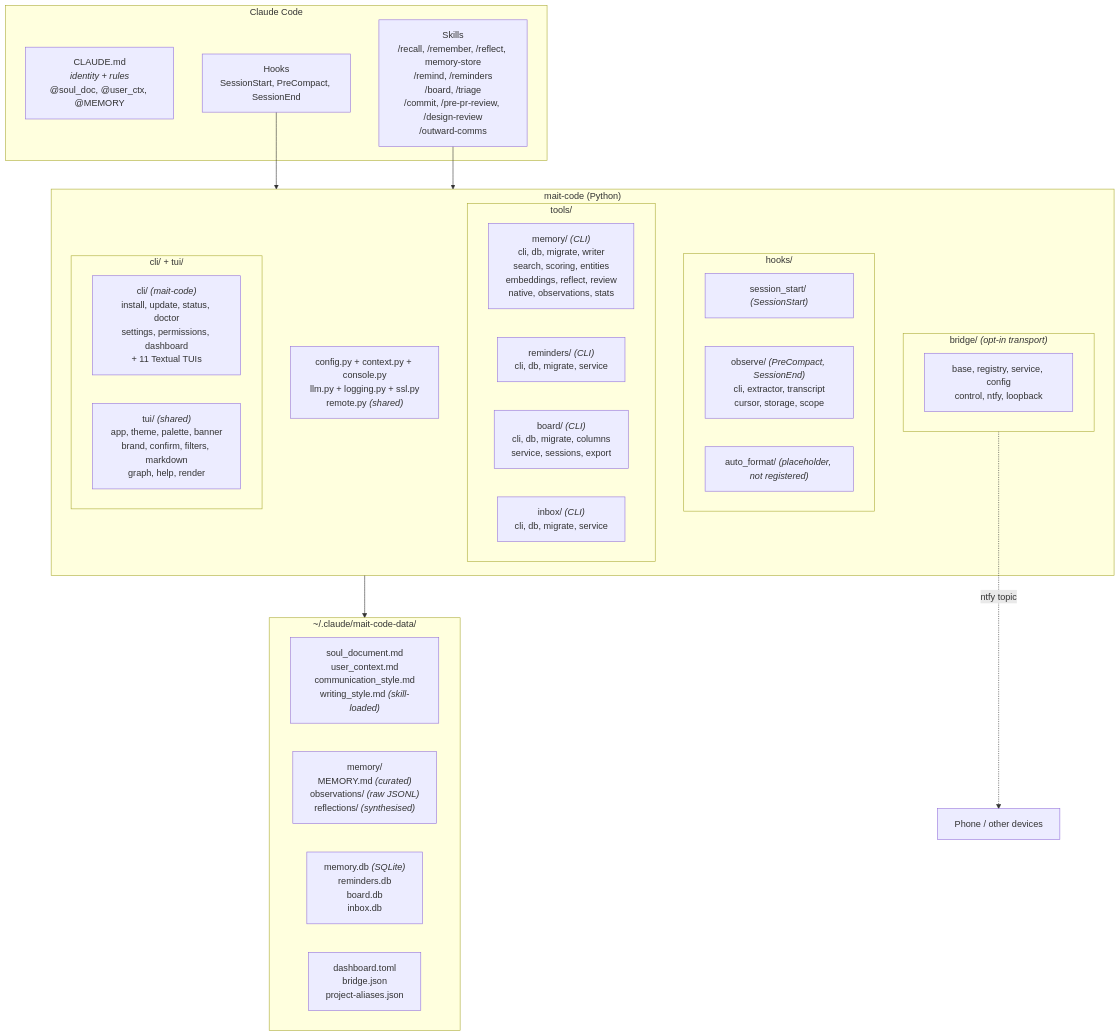
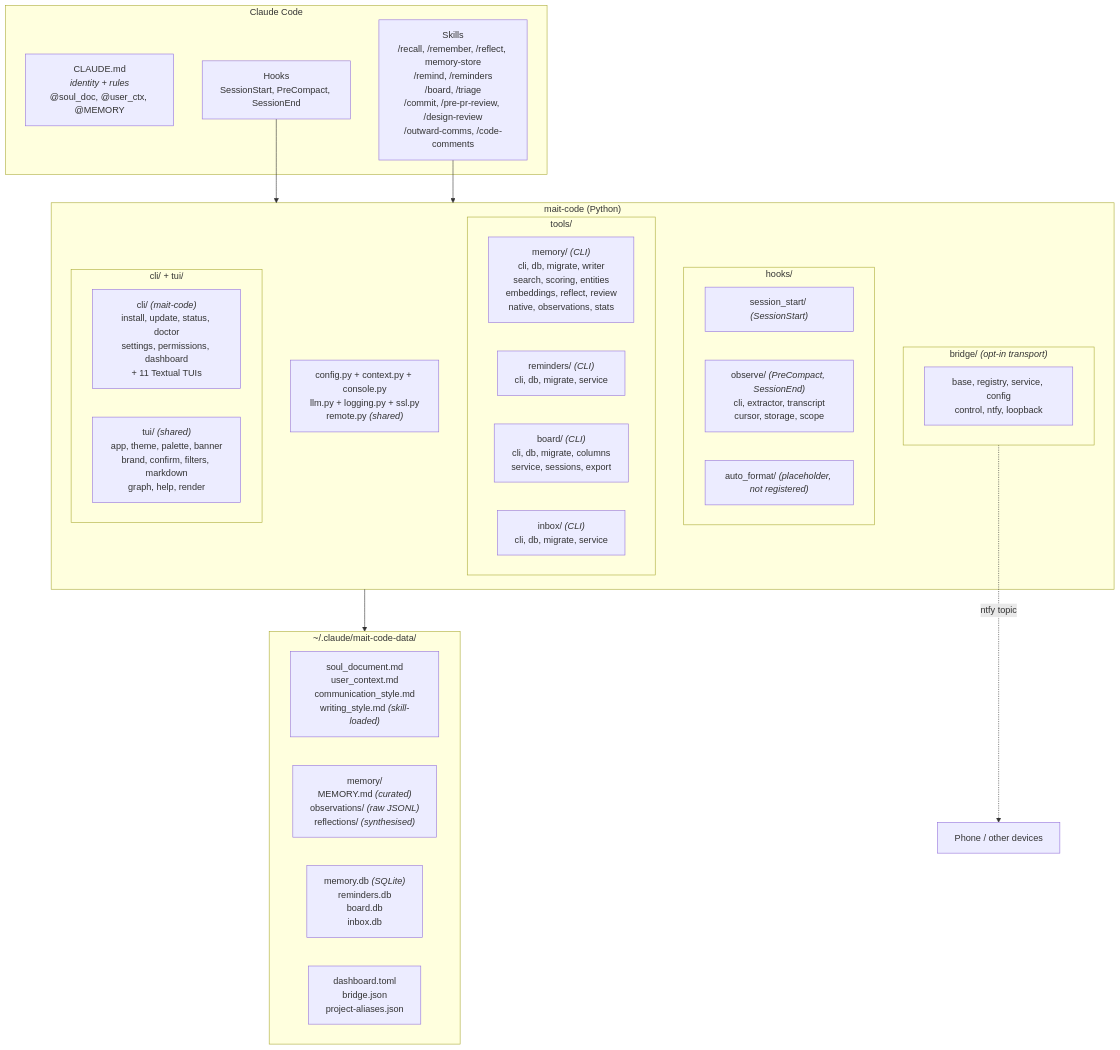
The first of 4 diagrams in docs/architecture.md (wiktordepina/mait-code), drawn with Mermaid before and after one commit. The commit also changed 6 other files, not shown here.

First line of the commit message:
feat(skills): add /code-comments for comment and docstring conventions

````diff
--- a/docs/architecture.md
+++ b/docs/architecture.md
@@ -14,42 +14,42 @@
 ```mermaid
 graph TD
     subgraph claude_code ["Claude Code"]
         CLAUDE_MD["CLAUDE.md<br/><i>identity + rules</i><br/>@soul_doc, @user_ctx, @MEMORY"]
         HOOKS["Hooks<br/>SessionStart, PreCompact, SessionEnd"]
-        SKILLS["Skills<br/>/recall, /remember, /reflect, memory-store<br/>/remind, /reminders<br/>/board, /triage<br/>/commit, /pre-pr-review, /design-review<br/>/outward-comms"]
+        SKILLS["Skills<br/>/recall, /remember, /reflect, memory-store<br/>/remind, /reminders<br/>/board, /triage<br/>/commit, /pre-pr-review, /design-review<br/>/outward-comms, /code-comments"]
     end
 
     subgraph mait_code ["mait-code (Python)"]
         subgraph hooks_pkg ["hooks/"]
             session_start["session_start/ <i>(SessionStart)</i>"]
             observe["observe/ <i>(PreCompact, SessionEnd)</i><br/>cli, extractor, transcript<br/>cursor, storage, scope"]
             auto_format["auto_format/ <i>(placeholder, not registered)</i>"]
         end
         subgraph tools_pkg ["tools/"]
             memory_tool["memory/ <i>(CLI)</i><br/>cli, db, migrate, writer<br/>search, scoring, entities<br/>embeddings, reflect, review<br/>native, observations, stats"]
             reminders_tool["reminders/ <i>(CLI)</i><br/>cli, db, migrate, service"]
             board_tool["board/ <i>(CLI)</i><br/>cli, db, migrate, columns<br/>service, sessions, export"]
             inbox_tool["inbox/ <i>(CLI)</i><br/>cli, db, migrate, service"]
         end
         subgraph bridge_pkg ["bridge/ <i>(opt-in transport)</i>"]
             bridge_core["base, registry, service, config<br/>control, ntfy, loopback"]
         end
         subgraph ui_pkg ["cli/ + tui/"]
             cli_layer["cli/ <i>(mait-code)</i><br/>install, update, status, doctor<br/>settings, permissions, dashboard<br/>+ 11 Textual TUIs"]
             tui_layer["tui/ <i>(shared)</i><br/>app, theme, palette, banner<br/>brand, confirm, filters, markdown<br/>graph, help, render"]
         end
         shared["config.py + context.py + console.py<br/>llm.py + logging.py + ssl.py<br/>remote.py <i>(shared)</i>"]
     end
 
     subgraph data_dir ["~/.claude/mait-code-data/"]
         identity["soul_document.md<br/>user_context.md<br/>communication_style.md<br/>writing_style.md <i>(skill-loaded)</i>"]
         memory_store["memory/<br/>MEMORY.md <i>(curated)</i><br/>observations/ <i>(raw JSONL)</i><br/>reflections/ <i>(synthesised)</i>"]
         other_dbs["memory.db <i>(SQLite)</i><br/>reminders.db<br/>board.db<br/>inbox.db"]
         cfg["dashboard.toml<br/>bridge.json<br/>project-aliases.json"]
     end
 
     HOOKS --> mait_code
     SKILLS --> mait_code
     mait_code --> data_dir
     bridge_pkg -.->|"ntfy topic"| phone["Phone / other devices"]
 ```
````
